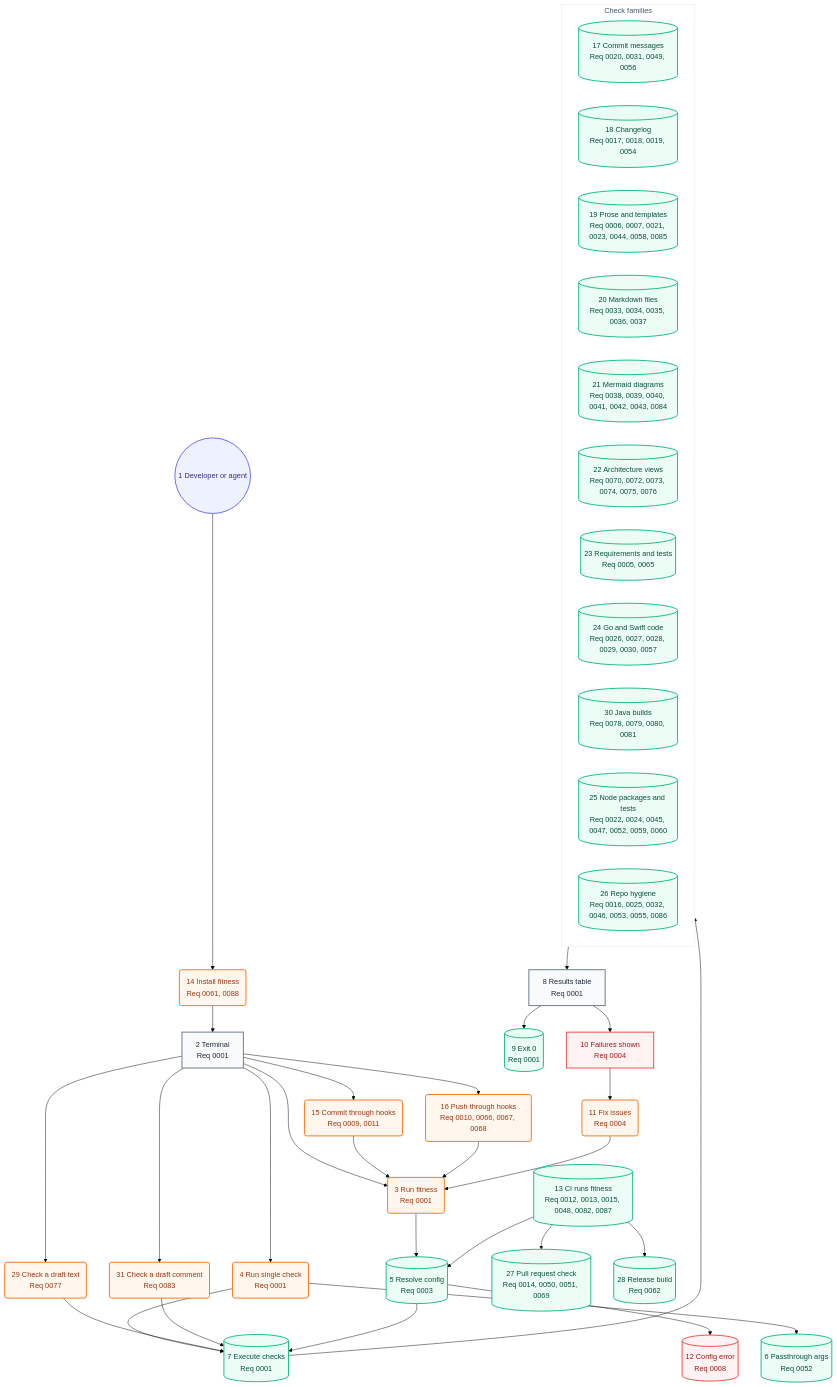
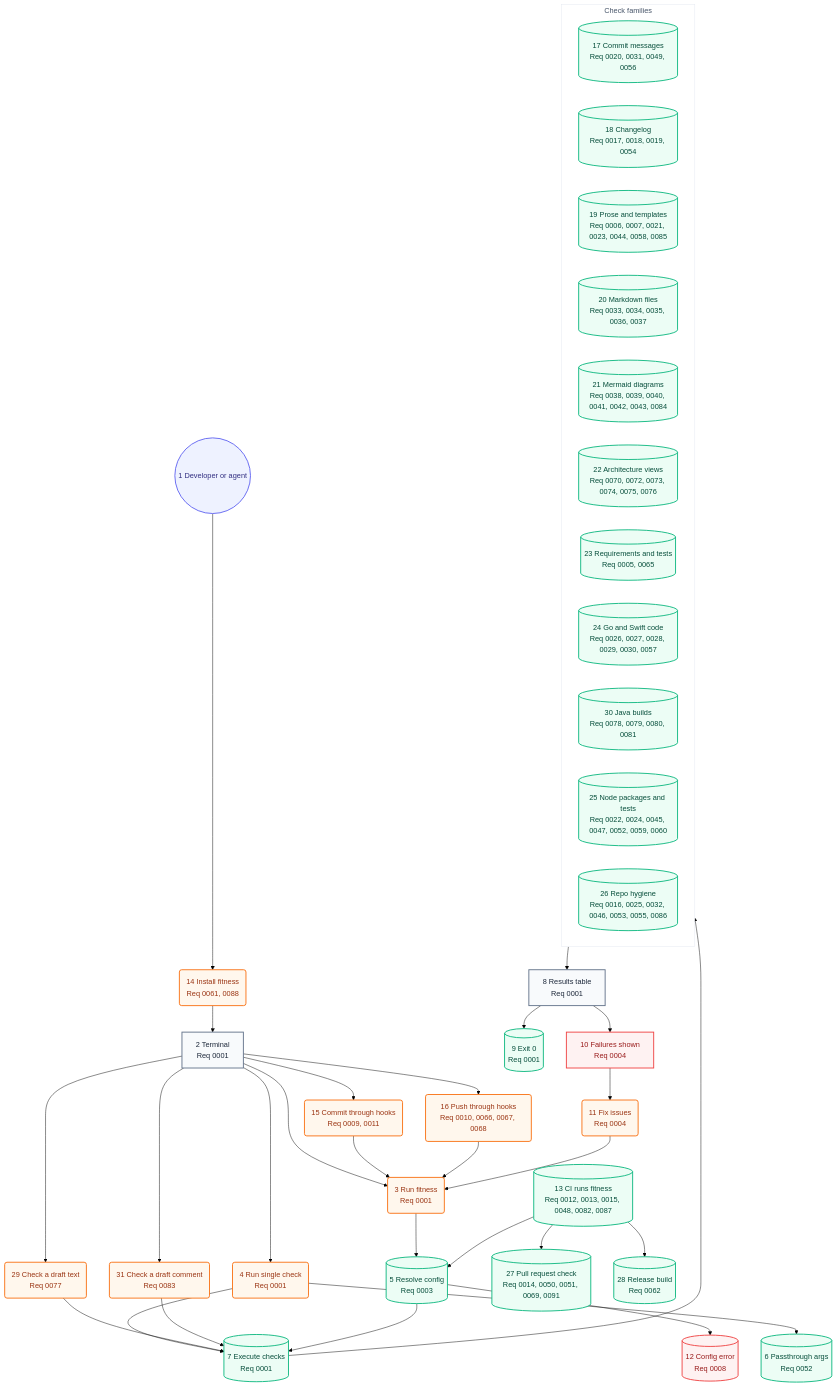
One commit to may-journal/fitness-runner changed the second of 2 diagrams in docs/architecture/05-user-journey.md. Above: the diagram before and after it, drawn with Mermaid (forest theme). The commit also changed other lines of this file and 5 other files, not shown here.

````diff
--- a/docs/architecture/05-user-journey.md
+++ b/docs/architecture/05-user-journey.md
@@ -40,73 +40,73 @@
 ```mermaid
 flowchart TB
     dev((1 Developer or agent)):::persona
     install(14 Install fitness<br/>Req 0061, 0088):::action
     terminal[2 Terminal<br/>Req 0001]:::screen
     runFull(3 Run fitness<br/>Req 0001):::action
     runSingle(4 Run single check<br/>Req 0001):::action
     runBlob(29 Check a draft text<br/>Req 0077):::action
     runComment(31 Check a draft comment<br/>Req 0083):::action
     commitHook(15 Commit through hooks<br/>Req 0009, 0011):::action
     pushHook(16 Push through hooks<br/>Req 0010, 0066, 0067, 0068):::action
     resolveConfig[(5 Resolve config<br/>Req 0003)]:::system
     passArgs[(6 Passthrough args<br/>Req 0052)]:::system
     executeChecks[(7 Execute checks<br/>Req 0001)]:::system
 
     subgraph checks["Check families"]
         commitChecks[(17 Commit messages<br/>Req 0020, 0031, 0049, 0056)]:::system
         changelogChecks[(18 Changelog<br/>Req 0017, 0018, 0019, 0054)]:::system
         proseChecks[(19 Prose and templates<br/>Req 0006, 0007, 0021, 0023, 0044, 0058, 0085)]:::system
         markdownChecks[(20 Markdown files<br/>Req 0033, 0034, 0035, 0036, 0037)]:::system
         mermaidChecks[(21 Mermaid diagrams<br/>Req 0038, 0039, 0040, 0041, 0042, 0043, 0084)]:::system
         architectureChecks[(22 Architecture views<br/>Req 0070, 0072, 0073, 0074, 0075, 0076)]:::system
         requirementChecks[(23 Requirements and tests<br/>Req 0005, 0065)]:::system
         goSwiftChecks[(24 Go and Swift code<br/>Req 0026, 0027, 0028, 0029, 0030, 0057)]:::system
         javaChecks[(30 Java builds<br/>Req 0078, 0079, 0080, 0081)]:::system
         nodeChecks[(25 Node packages and tests<br/>Req 0022, 0024, 0045, 0047, 0052, 0059, 0060)]:::system
         repoChecks[(26 Repo hygiene<br/>Req 0016, 0025, 0032, 0046, 0053, 0055, 0086)]:::system
     end
 
     resultsTable[8 Results table<br/>Req 0001]:::screen
     exitZero[(9 Exit 0<br/>Req 0001)]:::system
     failuresShown[10 Failures shown<br/>Req 0004]:::blocked
     fixIssues(11 Fix issues<br/>Req 0004):::action
     configError[(12 Config error<br/>Req 0008)]:::blocked
     ciRun[(13 CI runs fitness<br/>Req 0012, 0013, 0015, 0048, 0082, 0087)]:::system
-    prCheck[(27 Pull request check<br/>Req 0014, 0050, 0051, 0069)]:::system
+    prCheck[(27 Pull request check<br/>Req 0014, 0050, 0051, 0069, 0091)]:::system
     release[(28 Release build<br/>Req 0062)]:::system
 
     dev --> install
     install --> terminal
     terminal --> runFull
     terminal --> runSingle
     terminal --> commitHook
     terminal --> pushHook
     terminal --> runBlob
     terminal --> runComment
     commitHook --> runFull
     pushHook --> runFull
     runFull --> resolveConfig
     runSingle --> executeChecks
     runSingle --> passArgs
     runBlob --> executeChecks
     runComment --> executeChecks
     resolveConfig --> executeChecks
     resolveConfig --> configError
     executeChecks --> checks
     checks --> resultsTable
     resultsTable --> exitZero
     resultsTable --> failuresShown
     failuresShown --> fixIssues
     fixIssues --> runFull
     ciRun --> resolveConfig
     ciRun --> prCheck
     ciRun --> release
 
     classDef persona fill:#eef2ff,stroke:#6366f1,color:#312e81,stroke-width:2px
     classDef screen fill:#f8fafc,stroke:#64748b,color:#1e293b,stroke-width:2px
     classDef action fill:#fff7ed,stroke:#f97316,color:#9a3412,stroke-width:2px
     classDef system fill:#ecfdf5,stroke:#10b981,color:#064e3b,stroke-width:2px
     classDef blocked fill:#fef2f2,stroke:#ef4444,color:#991b1b,stroke-width:2px
 
     style checks fill:#ffffff,stroke:#e2e8f0,color:#475569,stroke-width:1px
 ```
````
